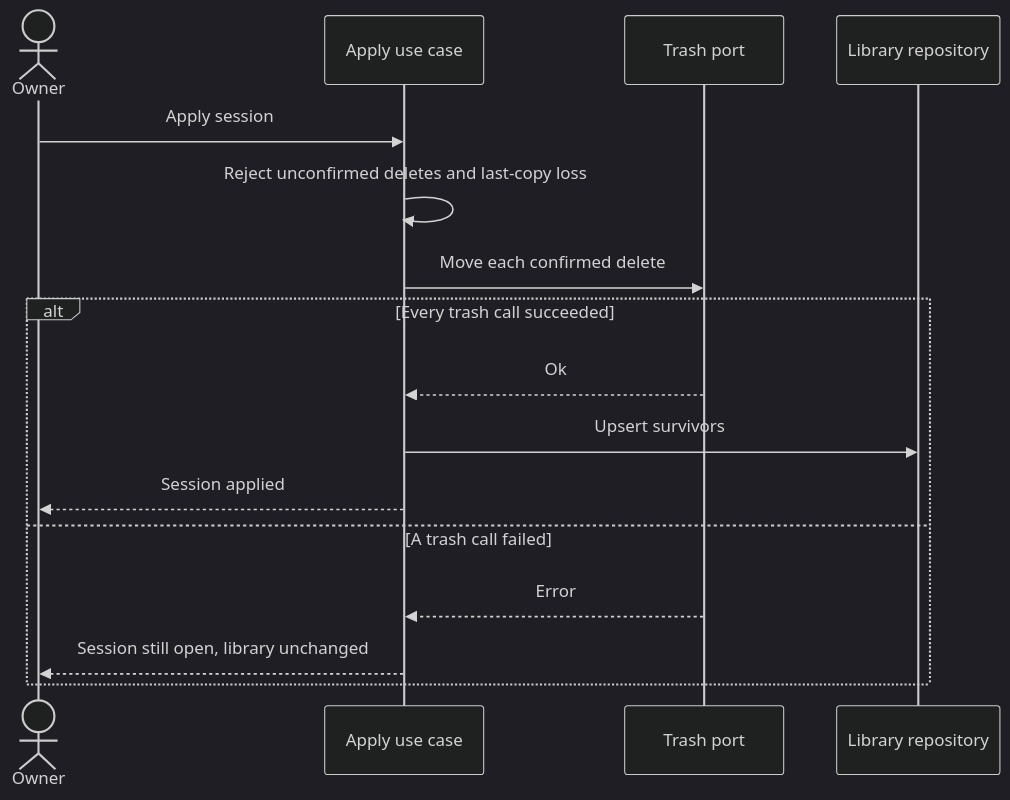
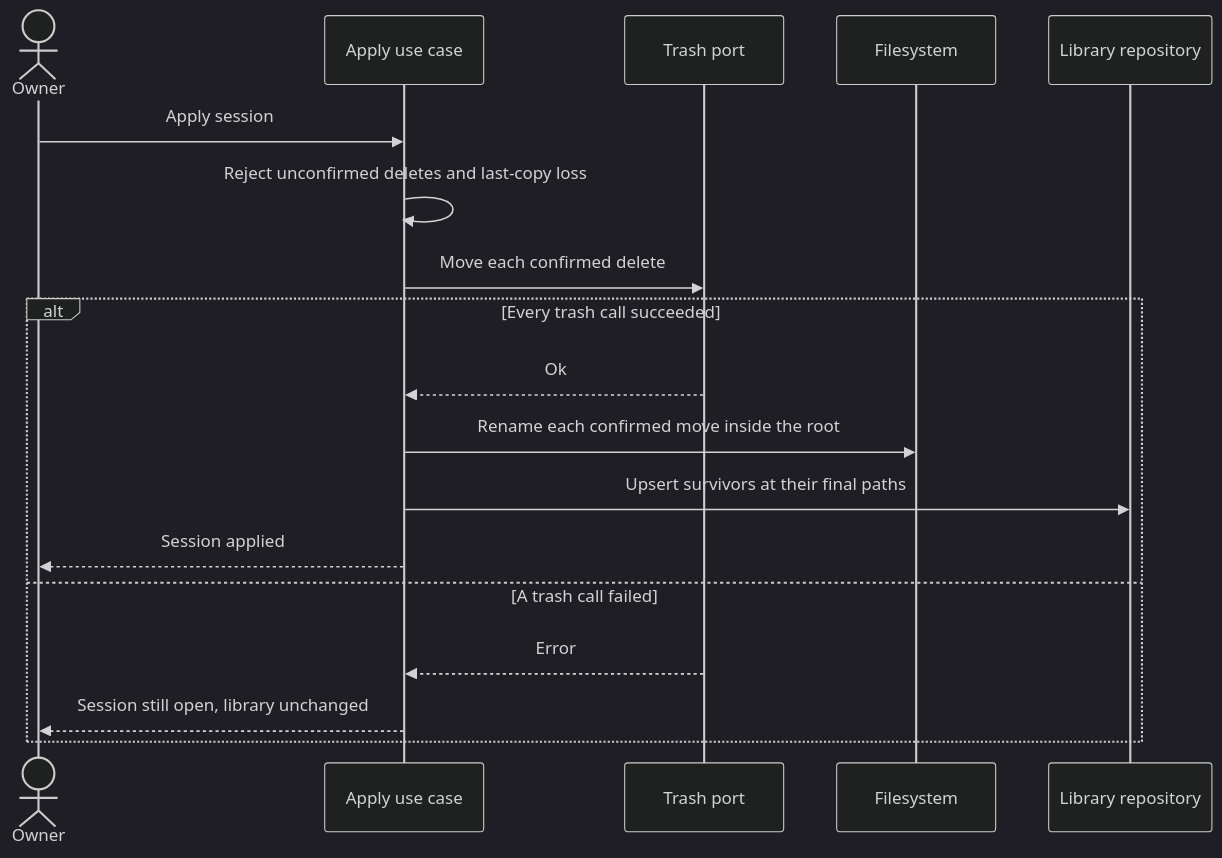
One commit to cionz0/hdsort changed the fifth of 8 diagrams in docs/use-cases.md. Above: the diagram before and after it, drawn with Mermaid (dark theme). The commit also changed other lines of this file and 18 other files, not shown here.

Commit message:
Trash confirmed deletes before indexing survivors, and report that plan from a dry-run that writes nothing.

````diff
--- a/docs/use-cases.md
+++ b/docs/use-cases.md
@@ -104,18 +104,20 @@
 ```mermaid
 sequenceDiagram
   actor Owner
   participant Apply as Apply use case
   participant Trash as Trash port
+  participant Disk as Filesystem
   participant Library as Library repository
   Owner->>Apply: Apply session
   Apply->>Apply: Reject unconfirmed deletes and last-copy loss
   Apply->>Trash: Move each confirmed delete
   alt Every trash call succeeded
     Trash-->>Apply: Ok
-    Apply->>Library: Upsert survivors
+    Apply->>Disk: Rename each confirmed move inside the root
+    Apply->>Library: Upsert survivors at their final paths
     Apply-->>Owner: Session applied
   else A trash call failed
     Trash-->>Apply: Error
     Apply-->>Owner: Session still open, library unchanged
   end
 ```
````
